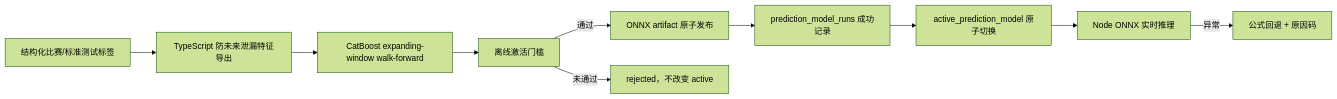
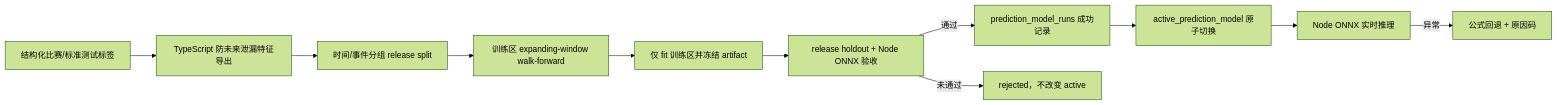
Before and after one commit to BlacnkCat0811/running: the diagram in docs/CATBOOST_DIRECT_ACTIVATION.md, drawn with Mermaid (forest theme). The commit also changed other lines of this file and 183 other files, not shown here.

Commit message:
refactor storage architecture and harden web workflows

````diff
--- a/docs/CATBOOST_DIRECT_ACTIVATION.md
+++ b/docs/CATBOOST_DIRECT_ACTIVATION.md
@@ -16,12 +16,13 @@
 ```mermaid
 flowchart LR
   A["结构化比赛/标准测试标签"] --> B["TypeScript 防未来泄漏特征导出"]
-  B --> C["CatBoost expanding-window walk-forward"]
-  C --> D["离线激活门槛"]
-  D -->|通过| E["ONNX artifact 原子发布"]
-  E --> F["prediction_model_runs 成功记录"]
-  F --> G["active_prediction_model 原子切换"]
-  G --> H["Node ONNX 实时推理"]
-  D -->|未通过| I["rejected，不改变 active"]
-  H -->|异常| J["公式回退 + 原因码"]
+  B --> C["时间/事件分组 release split"]
+  C --> D["训练区 expanding-window walk-forward"]
+  D --> E["仅 fit 训练区并冻结 artifact"]
+  E --> F["release holdout + Node ONNX 验收"]
+  F -->|通过| G["prediction_model_runs 成功记录"]
+  G --> H["active_prediction_model 原子切换"]
+  H --> I["Node ONNX 实时推理"]
+  F -->|未通过| J["rejected，不改变 active"]
+  I -->|异常| K["公式回退 + 原因码"]
 ```
````
